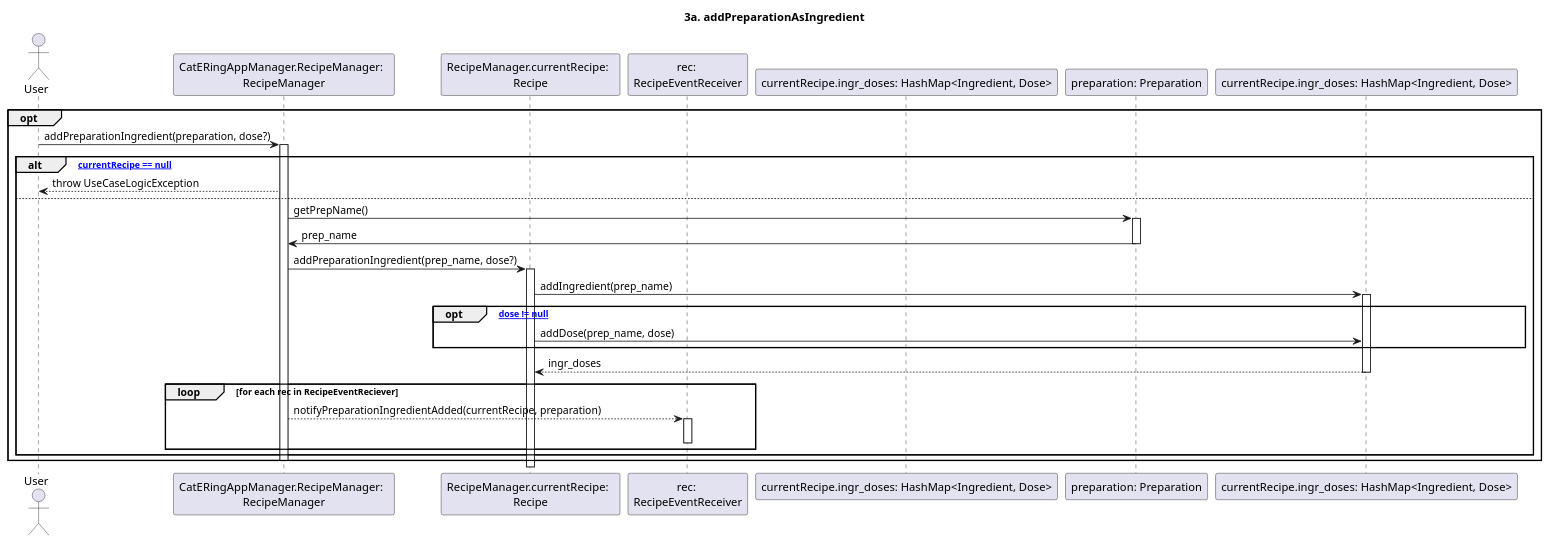
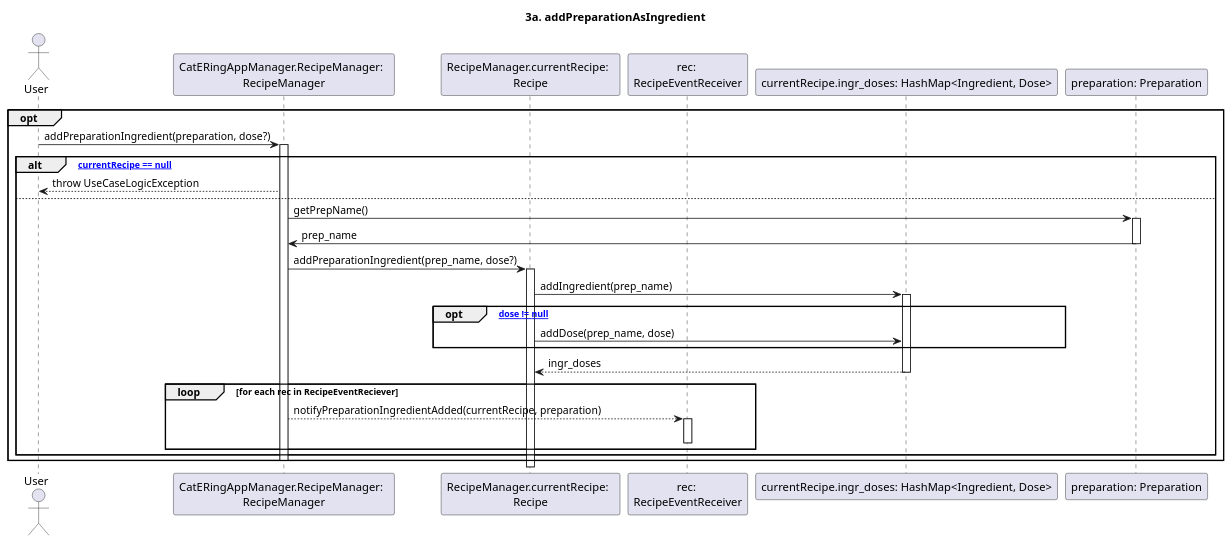
Before and after one commit to m0canu1/sas: the diagram in dsd/dsd-ricette/estensioni/3a-addPreparationIngredient.md, drawn with PlantUML. The commit also changed 2 other files, not shown here.

Commit message:
bahskdjf

````diff
--- a/dsd/dsd-ricette/estensioni/3a-addPreparationIngredient.md
+++ b/dsd/dsd-ricette/estensioni/3a-addPreparationIngredient.md
@@ -1,43 +1,43 @@
 ```plantuml
 
 title: 3a. addPreparationAsIngredient
 
 Actor User
 Participant "CatERingAppManager.RecipeManager:  \nRecipeManager" as RM
 Participant "RecipeManager.currentRecipe:  \nRecipe" as CR
 Participant "rec: \nRecipeEventReceiver" as RER
 Participant "currentRecipe.ingr_doses: HashMap<Ingredient, Dose>" as HM
 
 opt
 
 	User -> RM: addPreparationIngredient(preparation, dose?)
 	Activate RM
 	alt ["currentRecipe == null"]
 		RM --> User: throw UseCaseLogicException
 	else
 		RM -> "preparation: Preparation": getPrepName()
 		Activate "preparation: Preparation"
 		"preparation: Preparation" -> RM: prep_name
 		Deactivate "preparation: Preparation"
 
 		RM -> CR: addPreparationIngredient(prep_name, dose?)
 		Activate CR
-			CR -> "currentRecipe.ingr_doses: HashMap<Ingredient, Dose>": addIngredient(prep_name)
-			Activate "currentRecipe.ingr_doses: HashMap<Ingredient, Dose>"
+			CR -> HM: addIngredient(prep_name)
+			Activate HM
 				opt ["dose != null"]
-			    CR -> "currentRecipe.ingr_doses: HashMap<Ingredient, Dose>": addDose(prep_name, dose)
+			    CR -> HM: addDose(prep_name, dose)
 				end
-				"currentRecipe.ingr_doses: HashMap<Ingredient, Dose>" --> CR: ingr_doses
-      Deactivate "currentRecipe.ingr_doses: HashMap<Ingredient, Dose>"
+				HM --> CR: ingr_doses
+      Deactivate HM
 
 			loop for each rec in RecipeEventReciever
 					RM --> RER: notifyPreparationIngredientAdded(currentRecipe, preparation)
 					activate RER
 					deactivate RER
 			end
   end
 	Deactivate RM
 
 end
 
 ```
````
